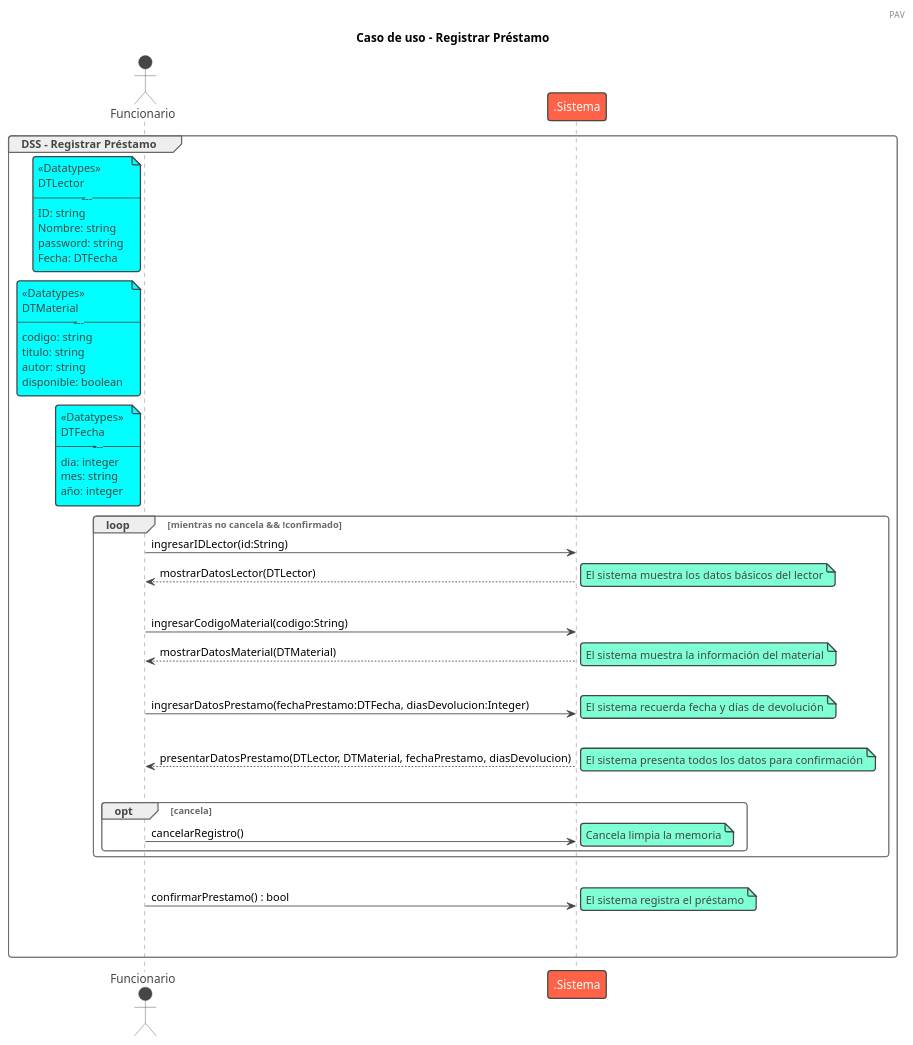
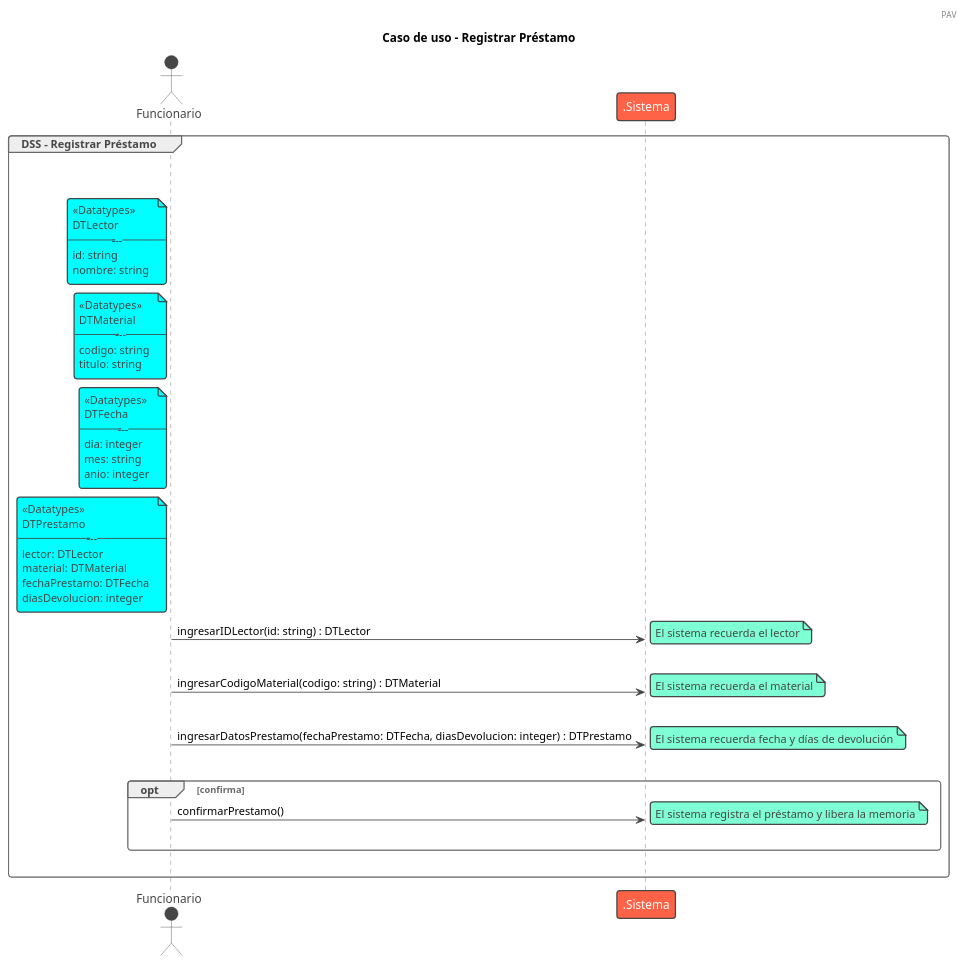
One commit to sigmaxevious/PlantUML-Laboratorio3 changed the diagram in Archivos/6-registrarPrestamo.plantuml. Above: the diagram before and after it, drawn with PlantUML. The commit also changed 4 other files, not shown here.

Commit message:
Refactor PlantUML diagrams: update titles, enhance user interactions, and improve comments for iniciarSesion, cerrarSesion, registrarLector, and registrarPrestamo; add new example diagram for escribir email.

```diff
--- a/Archivos/6-registrarPrestamo.plantuml
+++ b/Archivos/6-registrarPrestamo.plantuml
@@ -1,79 +1,77 @@
 @startuml registrarPrestamo
+
+/'El caso de uso comienza cuando un funcionario, que previamente ha iniciado
+sesión, desea registrar un préstamo. Para ello, el sistema solicita el identificador
+del lector y muestra sus datos básicos. A continuación, solicita el código del
+material y muestra la información correspondiente a dicho material. Luego, el
+sistema solicita la fecha en la que se realiza el préstamo y la cantidad de días
+permitidos para la devolución. Una vez ingresados estos datos, el sistema los
+presenta para confirmación y, si el
+funcionario confirma, registra el préstamo.'/
+
 !theme vibrant
 header PAV
 
 title Caso de uso - Registrar Préstamo
 
 group DSS - Registrar Préstamo
-Actor Funcionario
+|||
+actor Funcionario
+|||
 
 note left of Funcionario #aqua
 <<Datatypes>>
 DTLector
 -----------
-ID: string
-Nombre: string
-password: string
-Fecha: DTFecha
+id: string
+nombre: string
 end note
 
 note left of Funcionario #aqua
 <<Datatypes>>
 DTMaterial
 -----------
 codigo: string
 titulo: string
-autor: string
-disponible: boolean
 end note
 
 note left of Funcionario #aqua
 <<Datatypes>>
 DTFecha
 -----------
 dia: integer
 mes: string
-año: integer
+anio: integer
 end note
 
-loop mientras no cancela && !confirmado
+note left of Funcionario #aqua
+<<Datatypes>>
+DTPrestamo
+-----------
+lector: DTLector
+material: DTMaterial
+fechaPrestamo: DTFecha
+diasDevolucion: integer
+end note
 
-    Funcionario -> .Sistema : ingresarIDLector(id:String)
-    .Sistema --> Funcionario : mostrarDatosLector(DTLector)
-    note right: El sistema muestra los datos básicos del lector
+Funcionario -> .Sistema : ingresarIDLector(id: string) : DTLector
+note right: El sistema recuerda el lector
+|||
 
+Funcionario -> .Sistema : ingresarCodigoMaterial(codigo: string) : DTMaterial
+note right: El sistema recuerda el material
+|||
+
+Funcionario -> .Sistema : ingresarDatosPrestamo(fechaPrestamo: DTFecha, diasDevolucion: integer) : DTPrestamo
+note right: El sistema recuerda fecha y días de devolución
+|||
+
+opt confirma
+    Funcionario -> .Sistema : confirmarPrestamo()
+    note right: El sistema registra el préstamo y libera la memoria
     |||
-
-    Funcionario -> .Sistema : ingresarCodigoMaterial(codigo:String)
-    .Sistema --> Funcionario : mostrarDatosMaterial(DTMaterial)
-    note right: El sistema muestra la información del material
-
-    |||
-
-    Funcionario -> .Sistema : ingresarDatosPrestamo(fechaPrestamo:DTFecha, diasDevolucion:Integer)
-    note right: El sistema recuerda fecha y días de devolución
-
-    |||
-
-    .Sistema --> Funcionario : presentarDatosPrestamo(DTLector, DTMaterial, fechaPrestamo, diasDevolucion)
-    note right: El sistema presenta todos los datos para confirmación
-
-    |||
-
-    opt cancela
-        Funcionario -> .Sistema : cancelarRegistro()
-        note right: Cancela limpia la memoria
-    end
-
 end
 
 |||
-
-Funcionario -> .Sistema : confirmarPrestamo() : bool
-note right: El sistema registra el préstamo
-
-|||
-|||
-
 end
 @enduml
```
